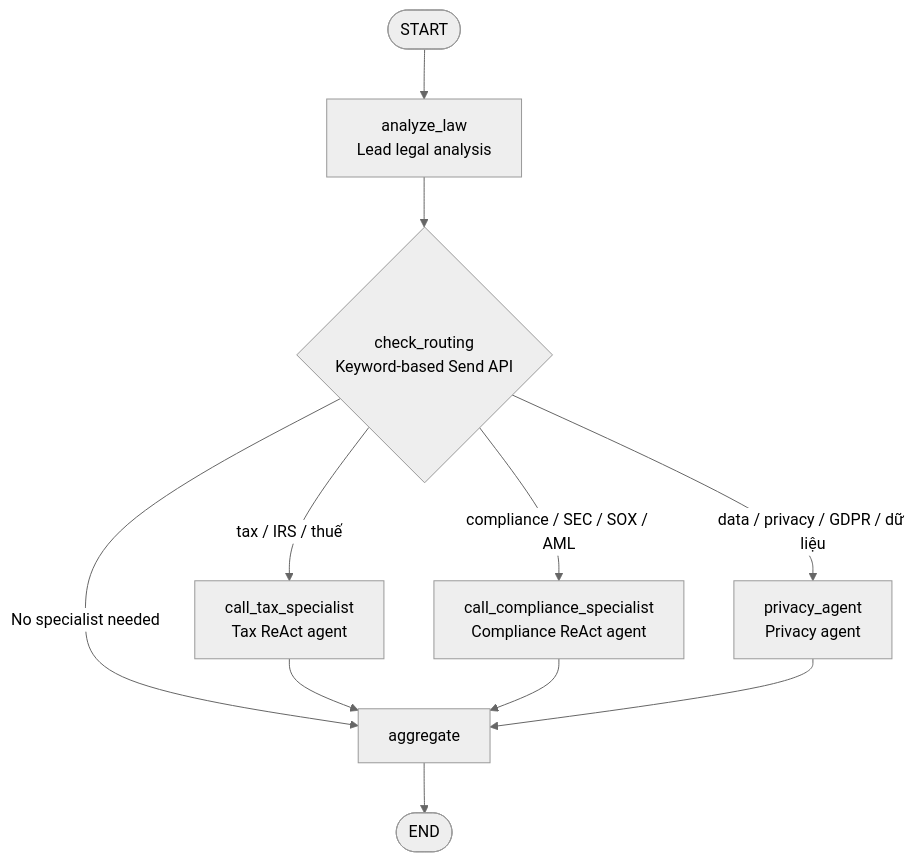
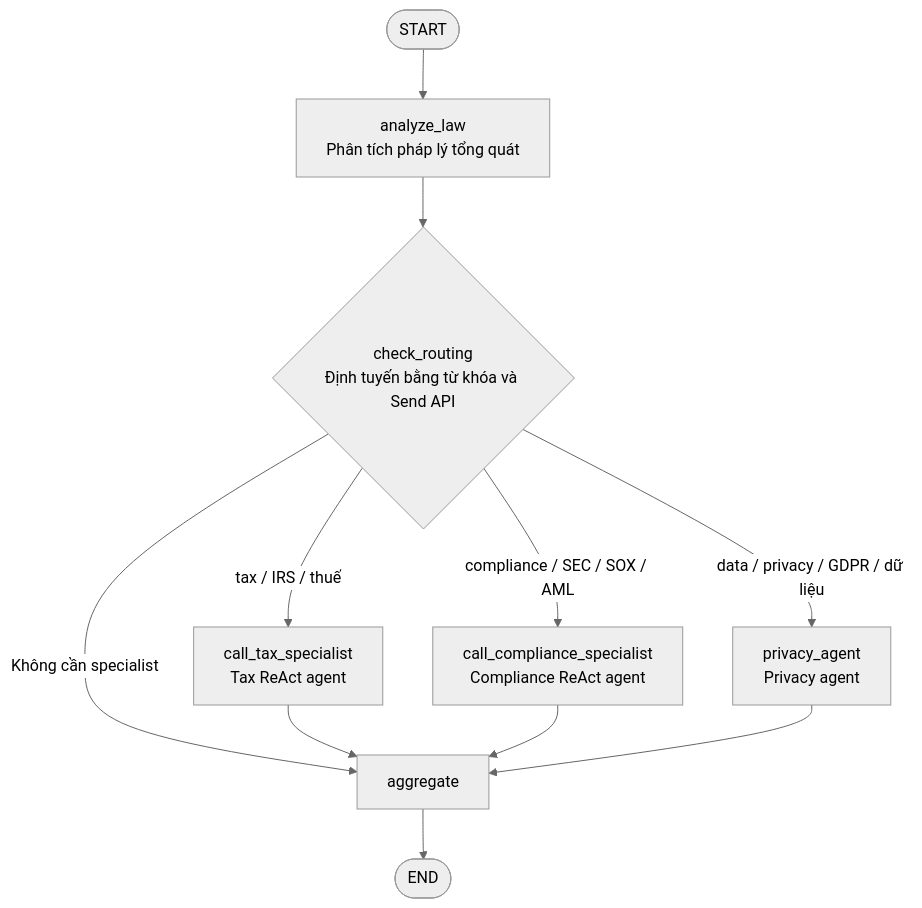
The diagram in stages/stage_4_milti_agent/architecture.md (22021202-VU-VAN-HUY/Batch02-Day9_Multi-Agent_MCP-A2A), drawn with Mermaid (neutral theme) before and after one commit. The commit also changed other lines of this file and 1 other file, not shown here.

````diff
--- a/stages/stage_4_milti_agent/architecture.md
+++ b/stages/stage_4_milti_agent/architecture.md
@@ -3,15 +3,15 @@
 ```mermaid
 flowchart TD
-    START([START]) --> LAW[analyze_law<br/>Lead legal analysis]
-    LAW --> ROUTER{check_routing<br/>Keyword-based Send API}
+    START([START]) --> LAW[analyze_law<br/>Phân tích pháp lý tổng quát]
+    LAW --> ROUTER{check_routing<br/>Định tuyến bằng từ khóa và Send API}
 
     ROUTER -->|tax / IRS / thuế| TAX[call_tax_specialist<br/>Tax ReAct agent]
     ROUTER -->|compliance / SEC / SOX / AML| COMPLIANCE[call_compliance_specialist<br/>Compliance ReAct agent]
     ROUTER -->|data / privacy / GDPR / dữ liệu| PRIVACY[privacy_agent<br/>Privacy agent]
-    ROUTER -->|No specialist needed| AGGREGATE[aggregate]
+    ROUTER -->|Không cần specialist| AGGREGATE[aggregate]
 
     TAX --> AGGREGATE
     COMPLIANCE --> AGGREGATE
     PRIVACY --> AGGREGATE
     AGGREGATE --> END([END])
 ```
````
